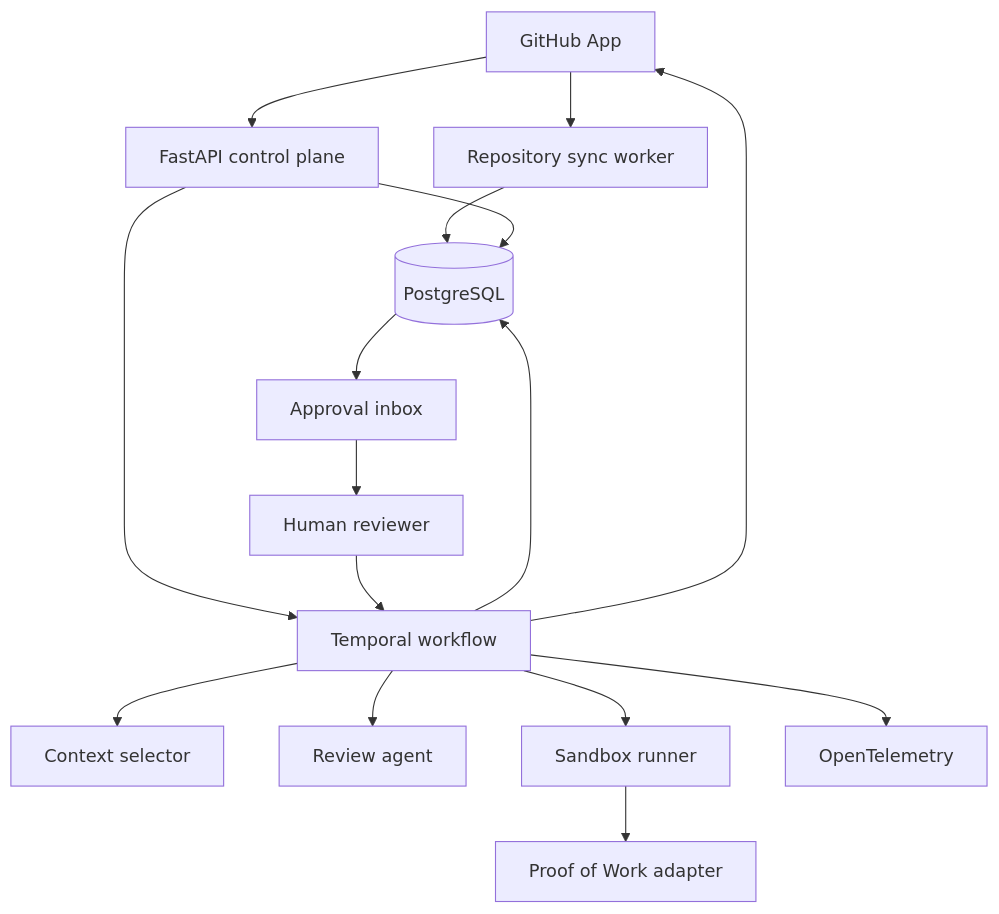
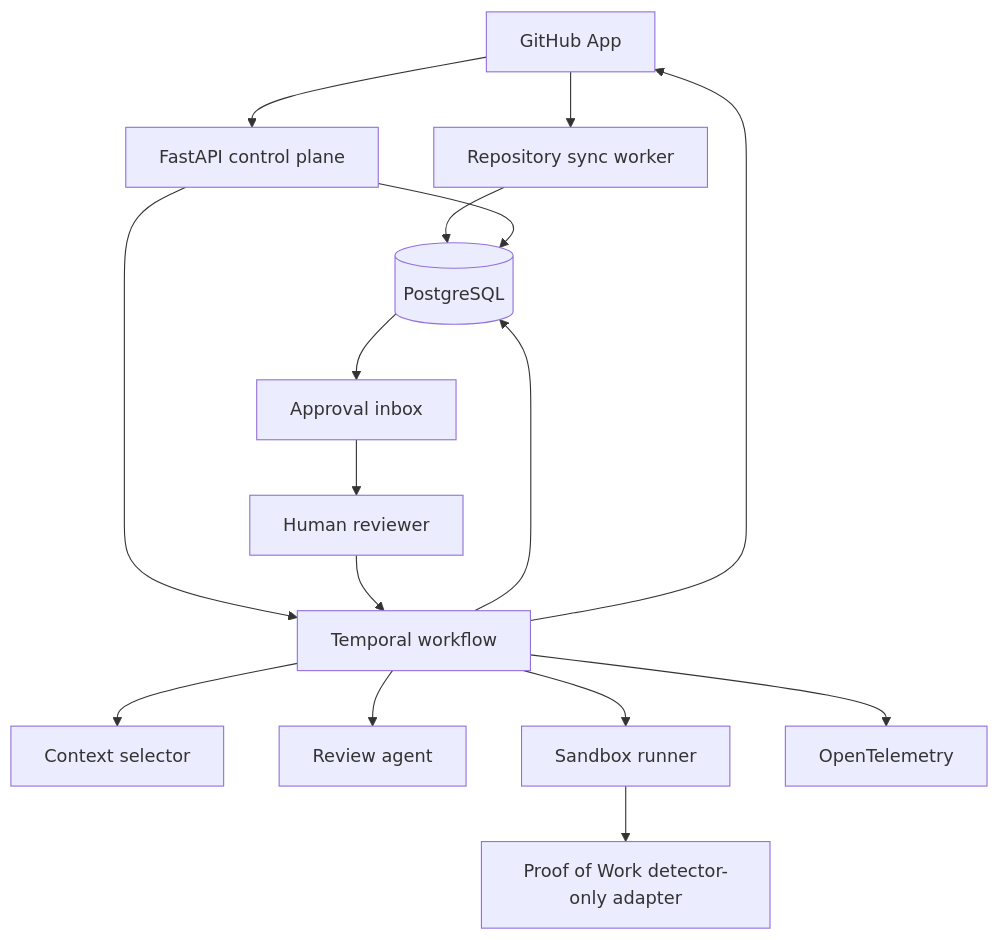
The second of 2 diagrams in docs/architecture.md (Rajveerx11/pr-reliability-platform), drawn with Mermaid before and after one commit. The commit also changed other lines of this file and 35 other files, not shown here.

````diff
--- a/docs/architecture.md
+++ b/docs/architecture.md
@@ -38,18 +38,18 @@
 ```mermaid
 flowchart TB
   G[GitHub App] --> A[FastAPI control plane]
   G --> I[Repository sync worker]
   I --> P[(PostgreSQL)]
   A --> P
   A --> T[Temporal workflow]
   T --> C[Context selector]
   T --> M[Review agent]
   T --> S[Sandbox runner]
-  S --> W[Proof of Work adapter]
+  S --> W[Proof of Work detector-only adapter]
   T --> P
   P --> U[Approval inbox]
   U --> H[Human reviewer]
   H --> T
   T --> G
   T --> O[OpenTelemetry]
 ```
````
